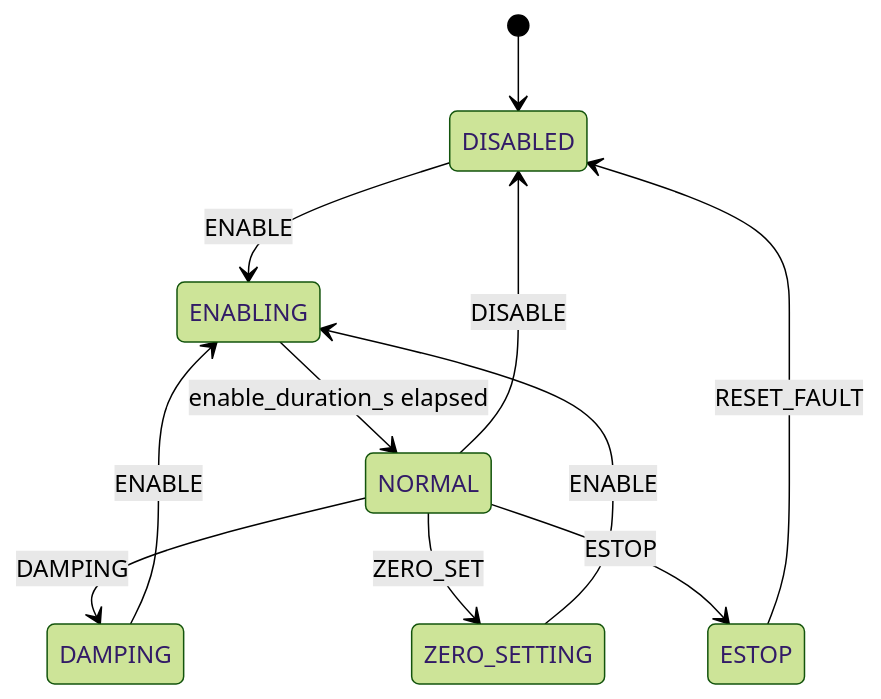
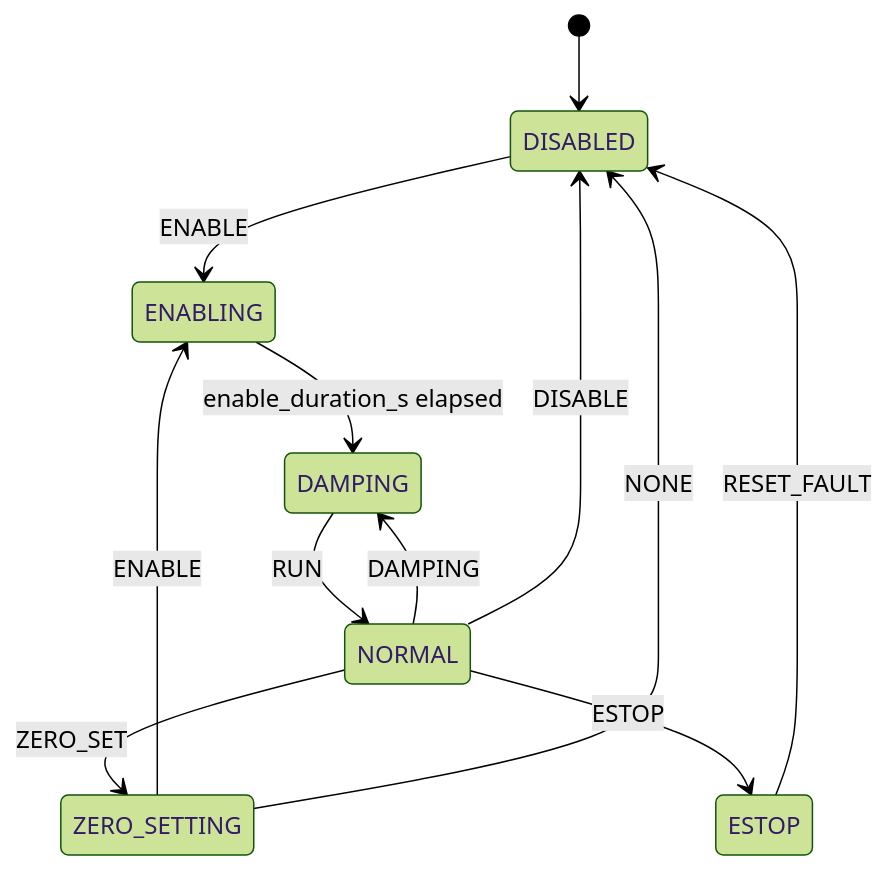
The diagram in docs/SAFETY.md (likesweetie/QHRR0-control), drawn with Mermaid (forest theme) before and after one commit. The commit also changed other lines of this file and 393 other files, not shown here.

````diff
--- a/docs/SAFETY.md
+++ b/docs/SAFETY.md
@@ -16,13 +16,14 @@
 ```mermaid
 stateDiagram-v2
     [*] --> DISABLED
     DISABLED --> ENABLING: ENABLE
-    ENABLING --> NORMAL: enable_duration_s elapsed
+    ENABLING --> DAMPING: enable_duration_s elapsed
+    DAMPING --> NORMAL: RUN
     NORMAL --> DAMPING: DAMPING
     NORMAL --> DISABLED: DISABLE
     NORMAL --> ZERO_SETTING: ZERO_SET
     NORMAL --> ESTOP: ESTOP
-    DAMPING --> ENABLING: ENABLE
     ZERO_SETTING --> ENABLING: ENABLE
+    ZERO_SETTING --> DISABLED: NONE
     ESTOP --> DISABLED: RESET_FAULT
 ```
````
